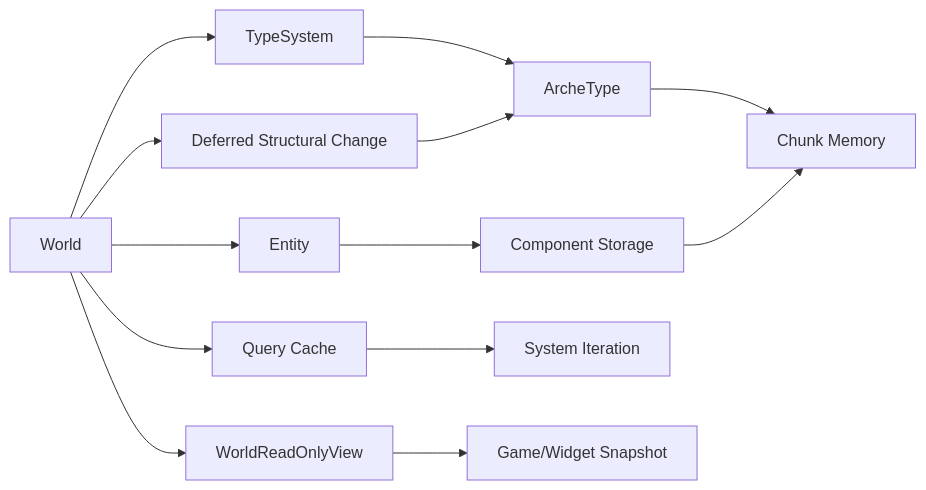
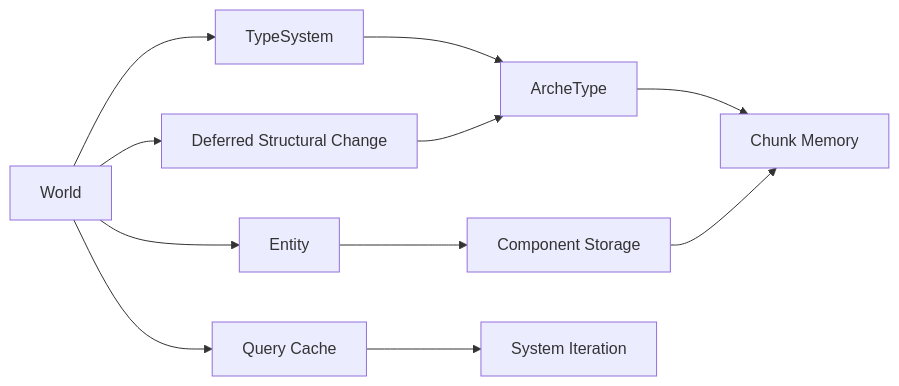
One commit to wewe231223/2026_Graphics changed the fifth of 8 diagrams in Readme.md. Above: the diagram before and after it, drawn with Mermaid. The commit also changed other lines of this file, not shown here.

````diff
--- a/Readme.md
+++ b/Readme.md
@@ -250,15 +365,13 @@
 ```mermaid
 flowchart LR
-    World["World"] --> Entity["Entity"]
-    World --> TypeSystem["TypeSystem"]
+    World["World"] --> TypeSystem["TypeSystem"]
+    World --> Entity["Entity"]
     TypeSystem --> ArcheType["ArcheType"]
     ArcheType --> Chunk["Chunk Memory"]
     Entity --> Component["Component Storage"]
     Component --> Chunk
     World --> QueryCache["Query Cache"]
-    QueryCache --> SystemRead["System Iteration"]
+    QueryCache --> SystemIteration["System Iteration"]
     World --> DeferredChange["Deferred Structural Change"]
     DeferredChange --> ArcheType
-    World --> ReadOnlyView["WorldReadOnlyView"]
-    ReadOnlyView --> SnapshotConsumer["Game/Widget Snapshot"]
 ```
````
